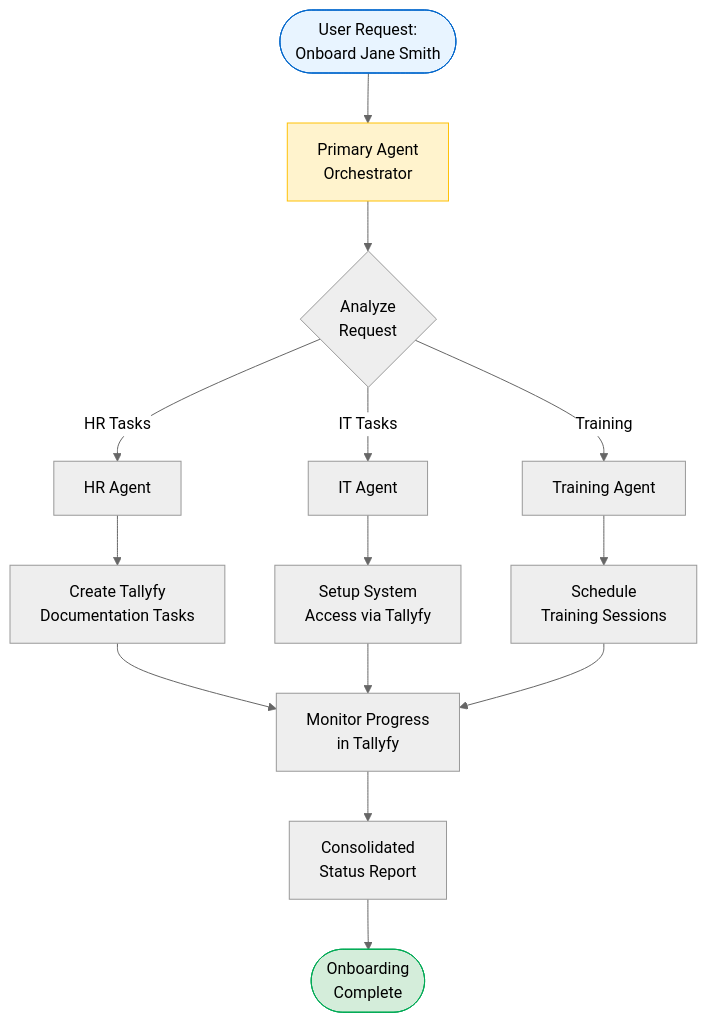
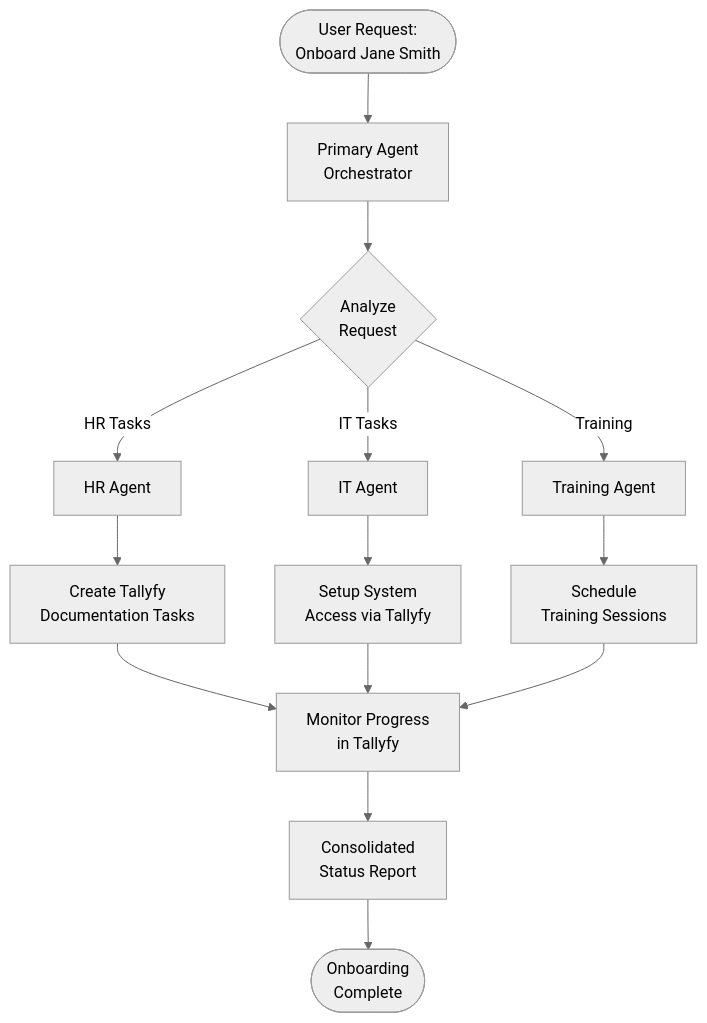
The second of 3 diagrams in src/content/docs/pro/integrations/mcp-server/microsoft-copilot-studio/index.mdx (tallyfy/documentation), drawn with Mermaid before and after one commit. The commit also changed other lines of this file and 5 other files, not shown here.

First line of the commit message:
Remove all style directives from Mermaid diagrams in final 6 documentation files

````diff
--- a/src/content/docs/pro/integrations/mcp-server/microsoft-copilot-studio/index.mdx
+++ b/src/content/docs/pro/integrations/mcp-server/microsoft-copilot-studio/index.mdx
@@ -90,29 +90,25 @@
 ```mermaid
 %%{init: {'theme':'neutral'}}%%
 flowchart TD
     Start([User Request:<br/>Onboard Jane Smith]) --> Primary[Primary Agent<br/>Orchestrator]
     
     Primary --> Analyze{Analyze<br/>Request}
     
     Analyze -->|HR Tasks| HR[HR Agent]
     Analyze -->|IT Tasks| IT[IT Agent]  
     Analyze -->|Training| Train[Training Agent]
     
     HR --> HR1[Create Tallyfy<br/>Documentation Tasks]
     IT --> IT1[Setup System<br/>Access via Tallyfy]
     Train --> T1[Schedule<br/>Training Sessions]
     
     HR1 --> Monitor[Monitor Progress<br/>in Tallyfy]
     IT1 --> Monitor
     T1 --> Monitor
     
     Monitor --> Status[Consolidated<br/>Status Report]
     Status --> End([Onboarding<br/>Complete])
     
-    style Start fill:#E8F4FF,stroke:#0066CC
-    style End fill:#D4EDDA,stroke:#00AA55
-    style Primary fill:#FFF3CD,stroke:#FFC107
-    
     click HR1 "/products/pro/tracking-and-tasks/tasks/" "Task management"
     click Monitor "/products/pro/tracking-and-tasks/tracker-view/" "Process tracking"
 ```
````
